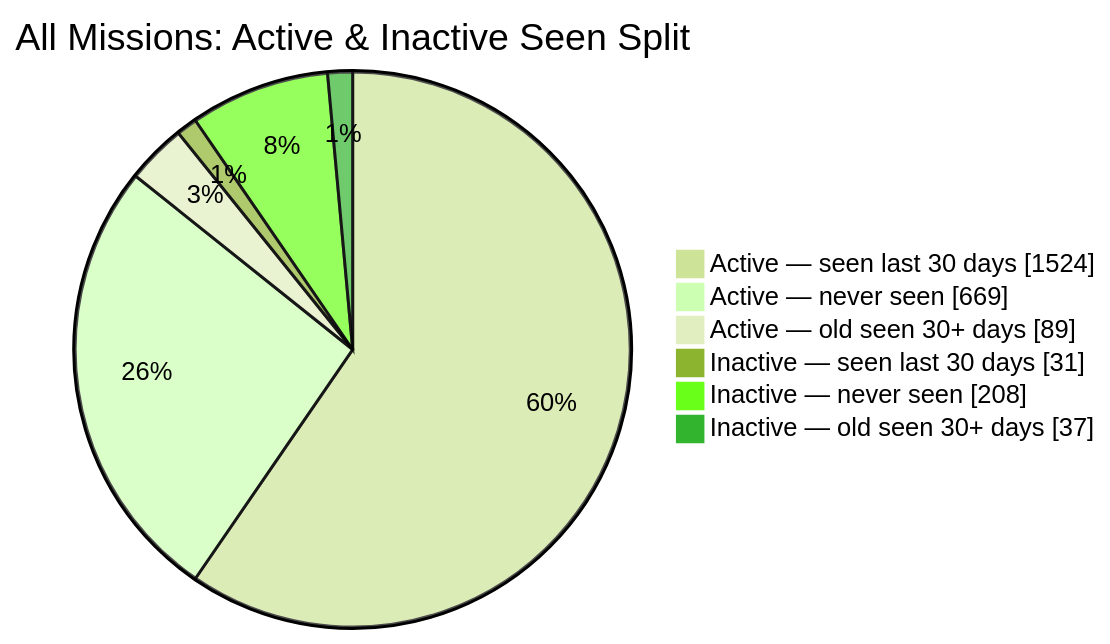
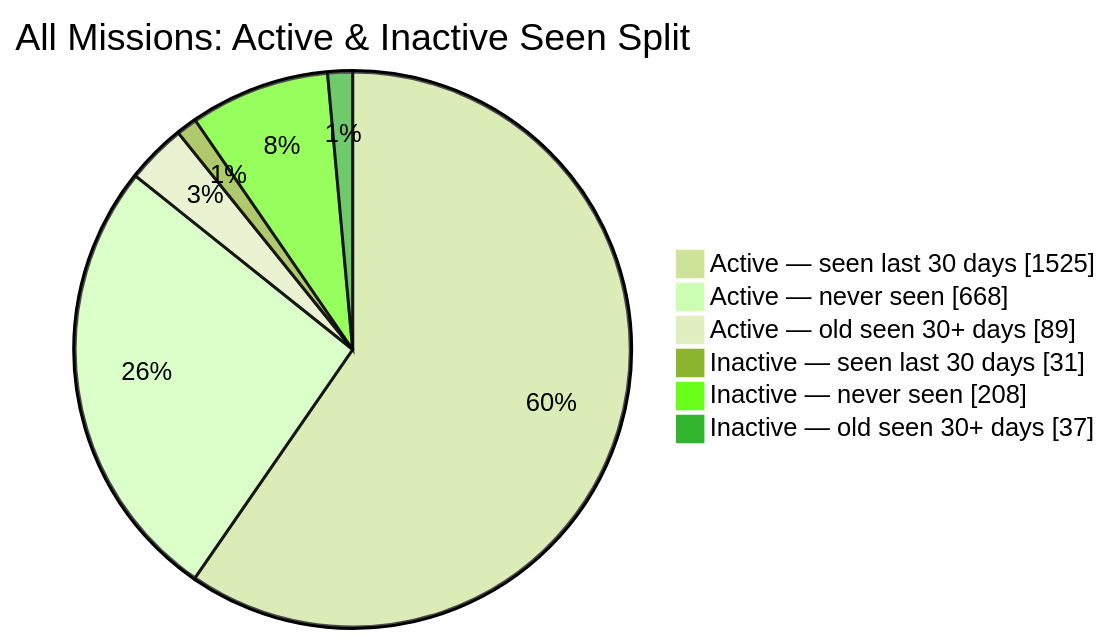
The second of 2 diagrams in README.md (MeldkamerspelGameTeam/active-missions), drawn with Mermaid (forest theme) before and after one commit. The commit also changed other lines of this file and 2 other files, not shown here.

````diff
--- a/README.md
+++ b/README.md
@@ -44,10 +44,10 @@
 ```mermaid
 pie showData
     title All Missions: Active & Inactive Seen Split
-    "Active — seen last 30 days" : 1524
-    "Active — never seen" : 669
+    "Active — seen last 30 days" : 1525
+    "Active — never seen" : 668
     "Active — old seen 30+ days" : 89
     "Inactive — seen last 30 days" : 31
     "Inactive — never seen" : 208
     "Inactive — old seen 30+ days" : 37
 ```
````
